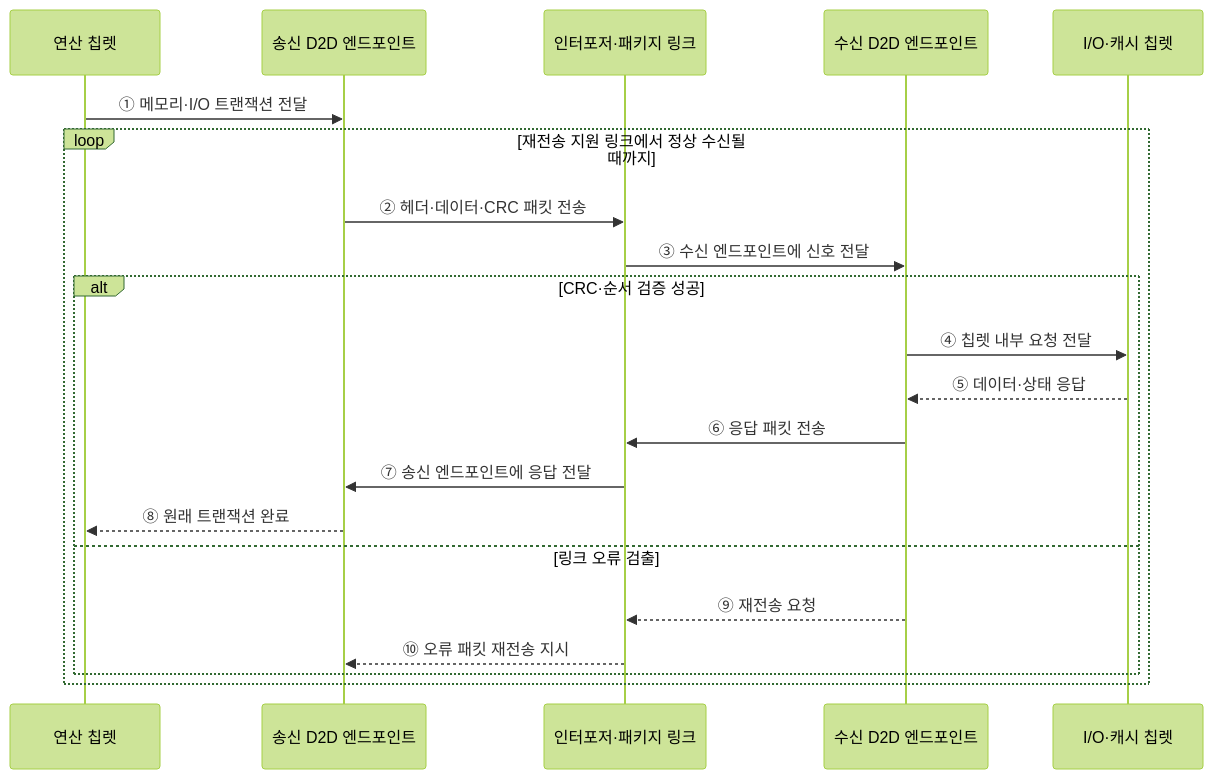
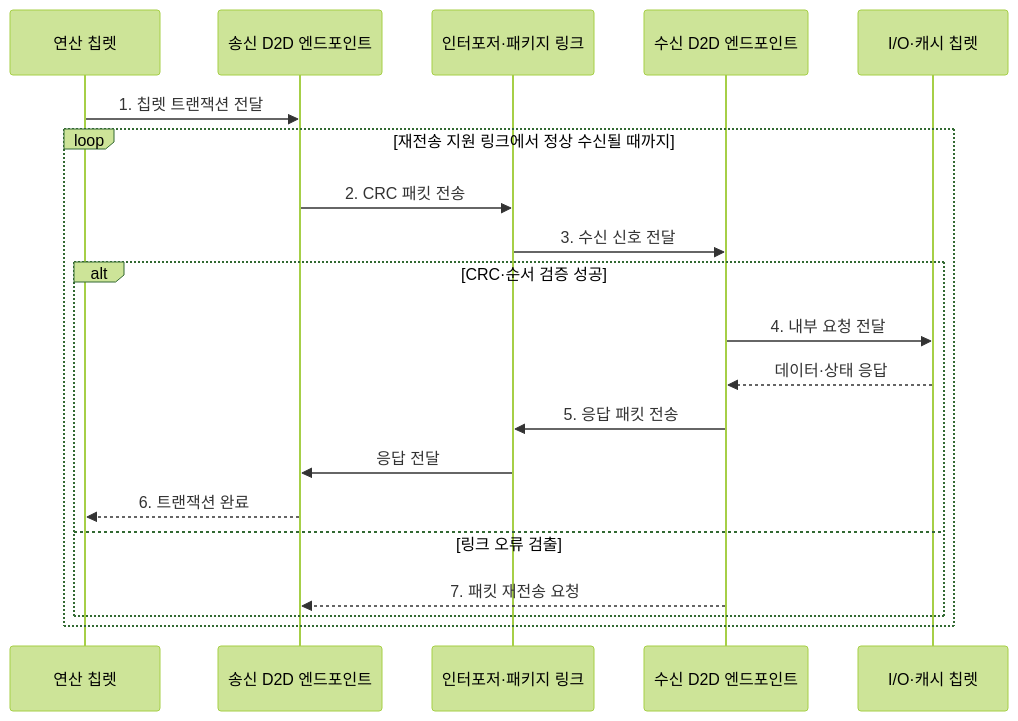
The second of 2 diagrams in src/content/docs/notes/02-hardware/049_chiplet.md (agnusdei1207/knowledge-base), drawn with Mermaid (forest theme) before and after one commit. The commit also changed other lines of this file and 20 other files, not shown here.

````diff
--- a/src/content/docs/notes/02-hardware/049_chiplet.md
+++ b/src/content/docs/notes/02-hardware/049_chiplet.md
@@ -77,24 +86,23 @@
 ```mermaid
 sequenceDiagram
     participant C as 연산 칩렛
     participant A as 송신 D2D 엔드포인트
     participant L as 인터포저·패키지 링크
     participant B as 수신 D2D 엔드포인트
     participant I as I/O·캐시 칩렛
 
-    C->>A: ① 메모리·I/O 트랜잭션 전달
+    C->>A: 1. 칩렛 트랜잭션 전달
     loop 재전송 지원 링크에서 정상 수신될 때까지
-        A->>L: ② 헤더·데이터·CRC 패킷 전송
-        L->>B: ③ 수신 엔드포인트에 신호 전달
+        A->>L: 2. CRC 패킷 전송
+        L->>B: 3. 수신 신호 전달
         alt CRC·순서 검증 성공
-            B->>I: ④ 칩렛 내부 요청 전달
-            I-->>B: ⑤ 데이터·상태 응답
-            B->>L: ⑥ 응답 패킷 전송
-            L->>A: ⑦ 송신 엔드포인트에 응답 전달
-            A-->>C: ⑧ 원래 트랜잭션 완료
+            B->>I: 4. 내부 요청 전달
+            I-->>B: 데이터·상태 응답
+            B->>L: 5. 응답 패킷 전송
+            L->>A: 응답 전달
+            A-->>C: 6. 트랜잭션 완료
         else 링크 오류 검출
-            B-->>L: ⑨ 재전송 요청
-            L-->>A: ⑩ 오류 패킷 재전송 지시
+            B-->>A: 7. 패킷 재전송 요청
         end
     end
 ```
````
